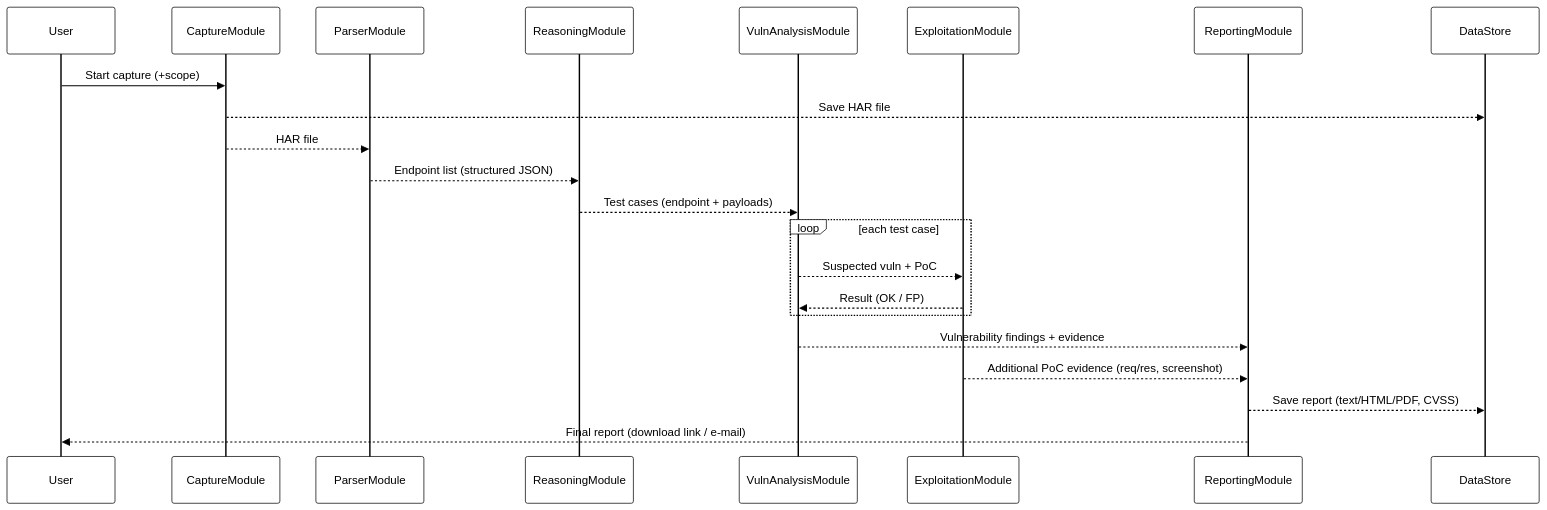
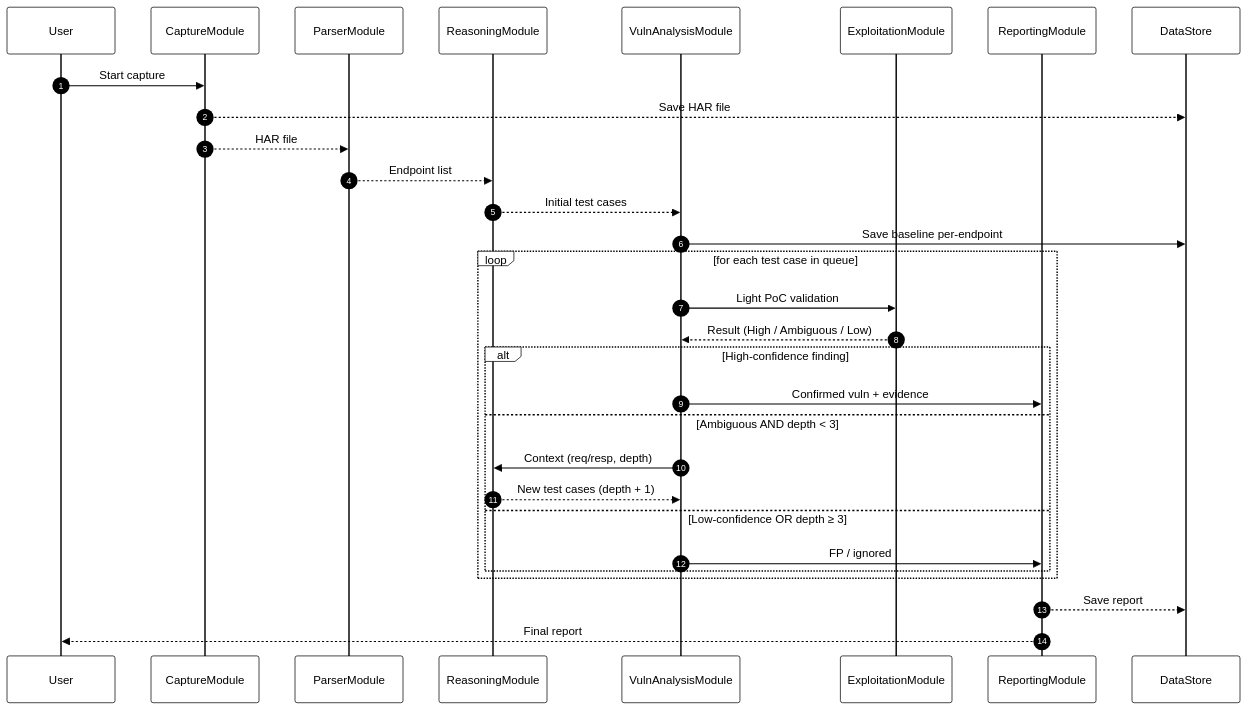
One commit to alifiarahmah/arsene changed the diagram in docs/sequence_diagram.mermaid. Above: the diagram before and after it, drawn with Mermaid. The commit also changed 1 other file, not shown here.

Commit message:
change diagram

```diff
--- a/docs/sequence_diagram.mermaid
+++ b/docs/sequence_diagram.mermaid
@@ -1,35 +1,49 @@
 ---
 config:
   theme: base
   themeVariables:
     primaryColor: '#fff'
     primaryTextColor: '#000'
     primaryBorderColor: '#000'
     lineColor: '#000'
 ---
 sequenceDiagram
+    autonumber
     participant User
     participant CaptureModule
     participant ParserModule
     participant ReasoningModule
     participant VulnAnalysisModule
     participant ExploitationModule
     participant ReportingModule
     participant DataStore
 
-    User->>CaptureModule: Start capture (+scope)
+    %% ---------- Inisialisasi ----------
+    User->>CaptureModule: Start capture
     CaptureModule-->>DataStore: Save HAR file
     CaptureModule-->>ParserModule: HAR file
 
-    ParserModule-->>ReasoningModule: Endpoint list (structured JSON)
-    ReasoningModule-->>VulnAnalysisModule: Test cases (endpoint + payloads)
+    %% ---------- Enumerasi awal ----------
+    ParserModule-->>ReasoningModule: Endpoint list
+    ReasoningModule-->>VulnAnalysisModule: Initial test cases
+    VulnAnalysisModule->>DataStore: Save baseline per-endpoint
 
-    loop each test case
-        VulnAnalysisModule-->>ExploitationModule: Suspected vuln + PoC
-        ExploitationModule-->>VulnAnalysisModule: Result (OK / FP)
+    %% ---------- Loop fuzz / eksplorasi ----------
+    loop for each test case in queue
+        VulnAnalysisModule->>ExploitationModule: Light PoC validation
+        ExploitationModule-->>VulnAnalysisModule: Result (High / Ambiguous / Low)
+
+        alt High-confidence finding
+            VulnAnalysisModule->>ReportingModule: Confirmed vuln + evidence
+        else Ambiguous AND depth < 3
+            VulnAnalysisModule->>ReasoningModule: Context (req/resp, depth)
+            ReasoningModule-->>VulnAnalysisModule: New test cases (depth + 1)
+            %% note over VulnAnalysisModule: Enqueue only unseen endpoints/payloads
+        else Low-confidence OR depth ≥ 3
+            VulnAnalysisModule->>ReportingModule: FP / ignored
+        end
     end
 
-    VulnAnalysisModule-->>ReportingModule: Vulnerability findings + evidence
-    ExploitationModule-->>ReportingModule: Additional PoC evidence (req/res, screenshot)
-    ReportingModule-->>DataStore: Save report (text/HTML/PDF, CVSS)
-    ReportingModule-->>User: Final report (download link / e-mail)
+    %% ---------- Pelaporan ----------
+    ReportingModule-->>DataStore: Save report
+    ReportingModule-->>User: Final report
```
